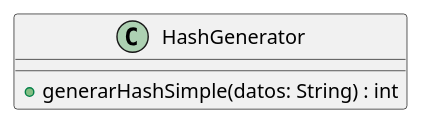
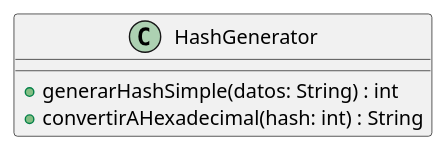
Before and after one commit to enmabry/24-25-EDA2: the diagram in entregas/baquedanoBryan/retoHashMap/assets/HashGenerator.puml, drawn with PlantUML. The commit also changed 1 other file, not shown here.

Commit message:
Clase HashGenerator
esta es una clase "tonta" en el sentido en el que no tiene atributos ni contructor, porque no los necesita, ya que solo recibe el string y hashea

```diff
--- a/entregas/baquedanoBryan/retoHashMap/assets/HashGenerator.puml
+++ b/entregas/baquedanoBryan/retoHashMap/assets/HashGenerator.puml
@@ -1,7 +1,8 @@
 @startuml HashGenerator
 
 class HashGenerator {
   +generarHashSimple(datos: String) : int
+  +convertirAHexadecimal(hash: int) : String
 }
 
 @enduml
```
